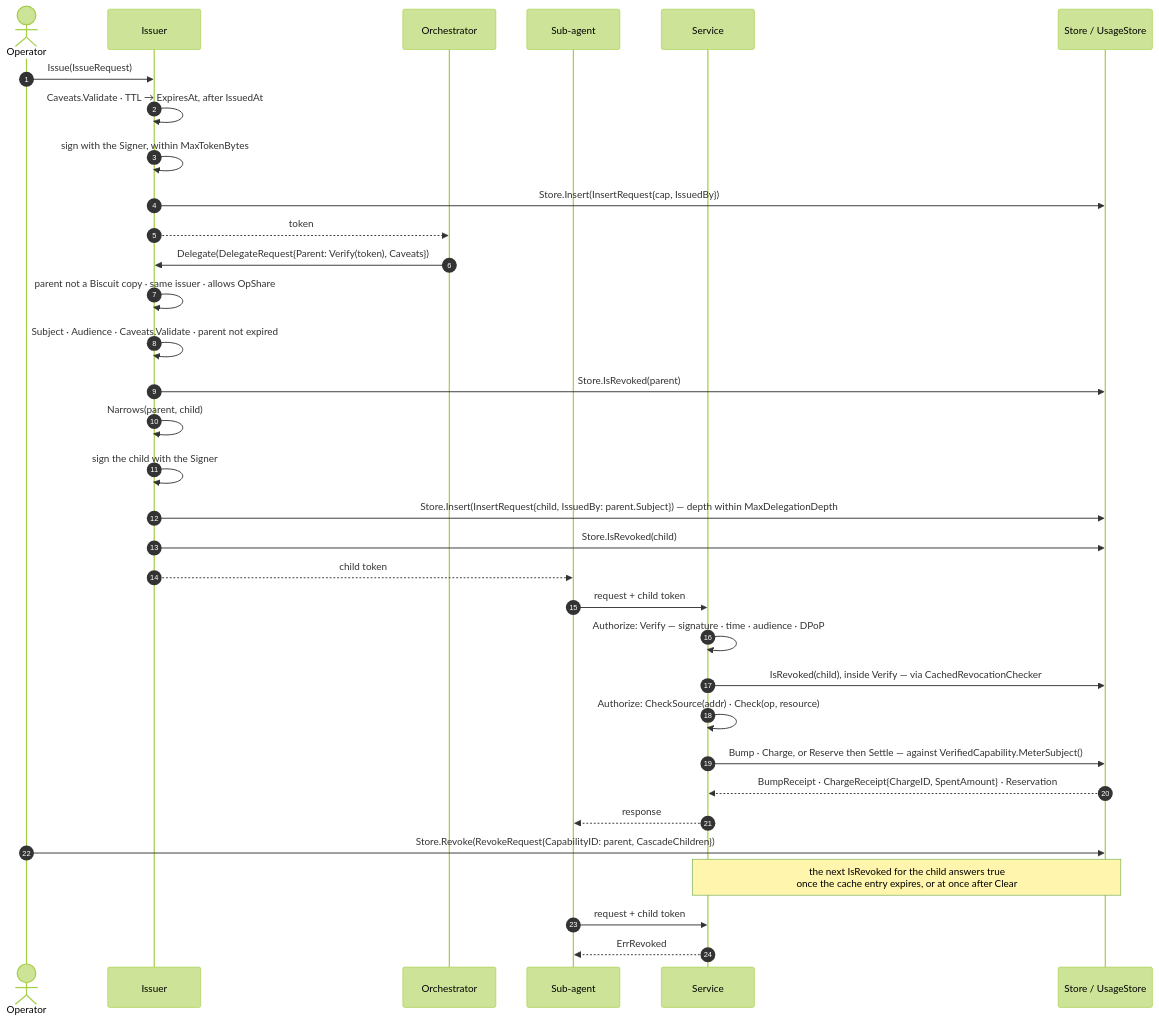
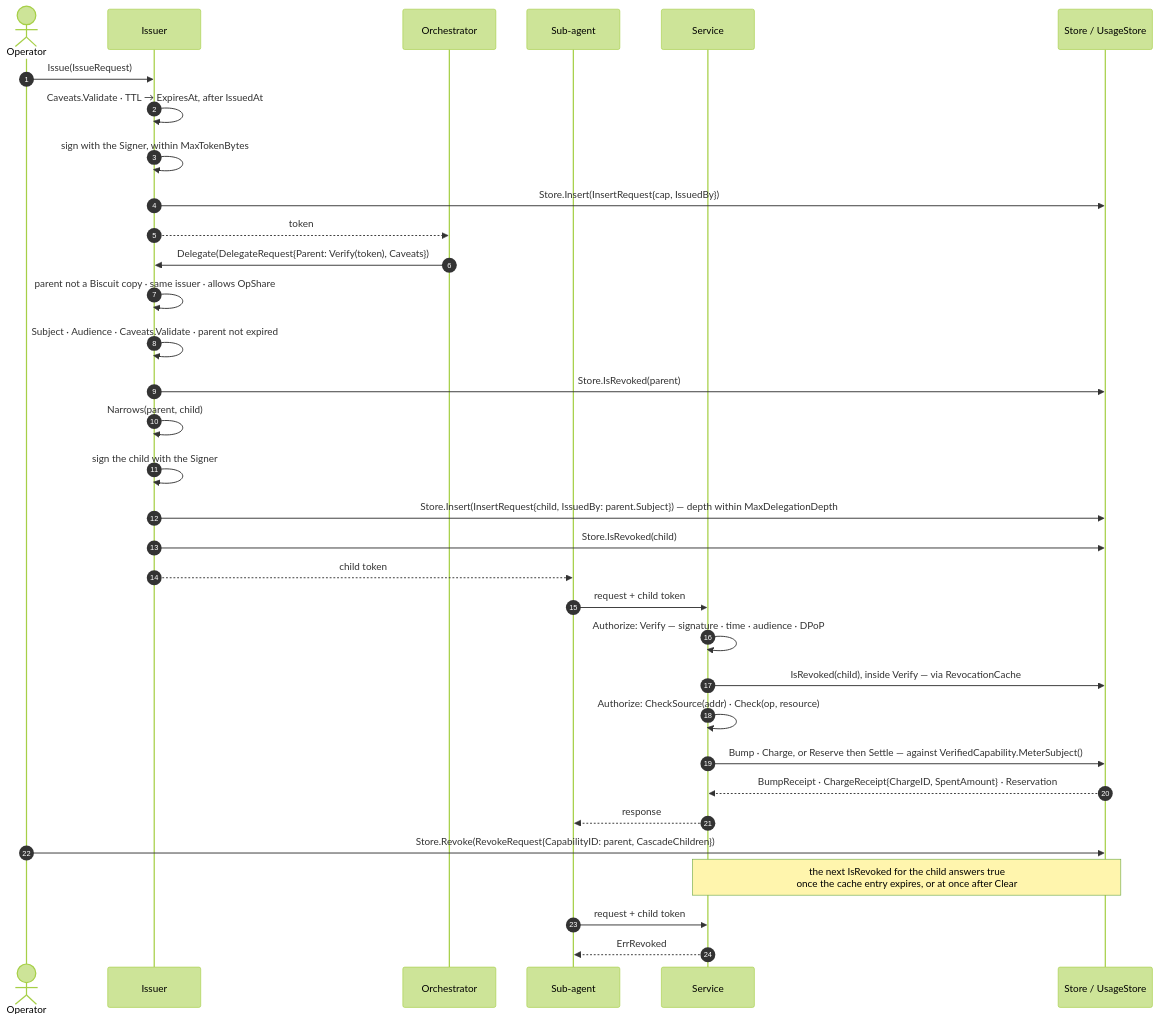
The second of 13 diagrams in docs/diagrams.md (oleg-tkachuk/limes), drawn with Mermaid (forest theme) before and after one commit. The commit also changed other lines of this file and 10 other files, not shown here.

````diff
--- a/docs/diagrams.md
+++ b/docs/diagrams.md
@@ -160,39 +160,39 @@
 ```mermaid
 sequenceDiagram
     autonumber
     actor Op as Operator
     participant I as Issuer
     participant O as Orchestrator
     participant W as Sub-agent
     participant S as Service
     participant St as Store / UsageStore
 
     Op->>I: Issue(IssueRequest)
     I->>I: Caveats.Validate · TTL → ExpiresAt, after IssuedAt
     I->>I: sign with the Signer, within MaxTokenBytes
     I->>St: Store.Insert(InsertRequest{cap, IssuedBy})
     I-->>O: token
 
     O->>I: Delegate(DelegateRequest{Parent: Verify(token), Caveats})
     I->>I: parent not a Biscuit copy · same issuer · allows OpShare
     I->>I: Subject · Audience · Caveats.Validate · parent not expired
     I->>St: Store.IsRevoked(parent)
     I->>I: Narrows(parent, child)
     I->>I: sign the child with the Signer
     I->>St: Store.Insert(InsertRequest{child, IssuedBy: parent.Subject}) — depth within MaxDelegationDepth
     I->>St: Store.IsRevoked(child)
     I-->>W: child token
 
     W->>S: request + child token
     S->>S: Authorize: Verify — signature · time · audience · DPoP
-    S->>St: IsRevoked(child), inside Verify — via CachedRevocationChecker
+    S->>St: IsRevoked(child), inside Verify — via RevocationCache
     S->>S: Authorize: CheckSource(addr) · Check(op, resource)
     S->>St: Bump · Charge, or Reserve then Settle — against VerifiedCapability.MeterSubject()
     St-->>S: BumpReceipt · ChargeReceipt{ChargeID, SpentAmount} · Reservation
     S-->>W: response
 
     Op->>St: Store.Revoke(RevokeRequest{CapabilityID: parent, CascadeChildren})
     Note over S,St: the next IsRevoked for the child answers true<br/>once the cache entry expires, or at once after Clear
     W->>S: request + child token
     S-->>W: ErrRevoked
 ```
````
